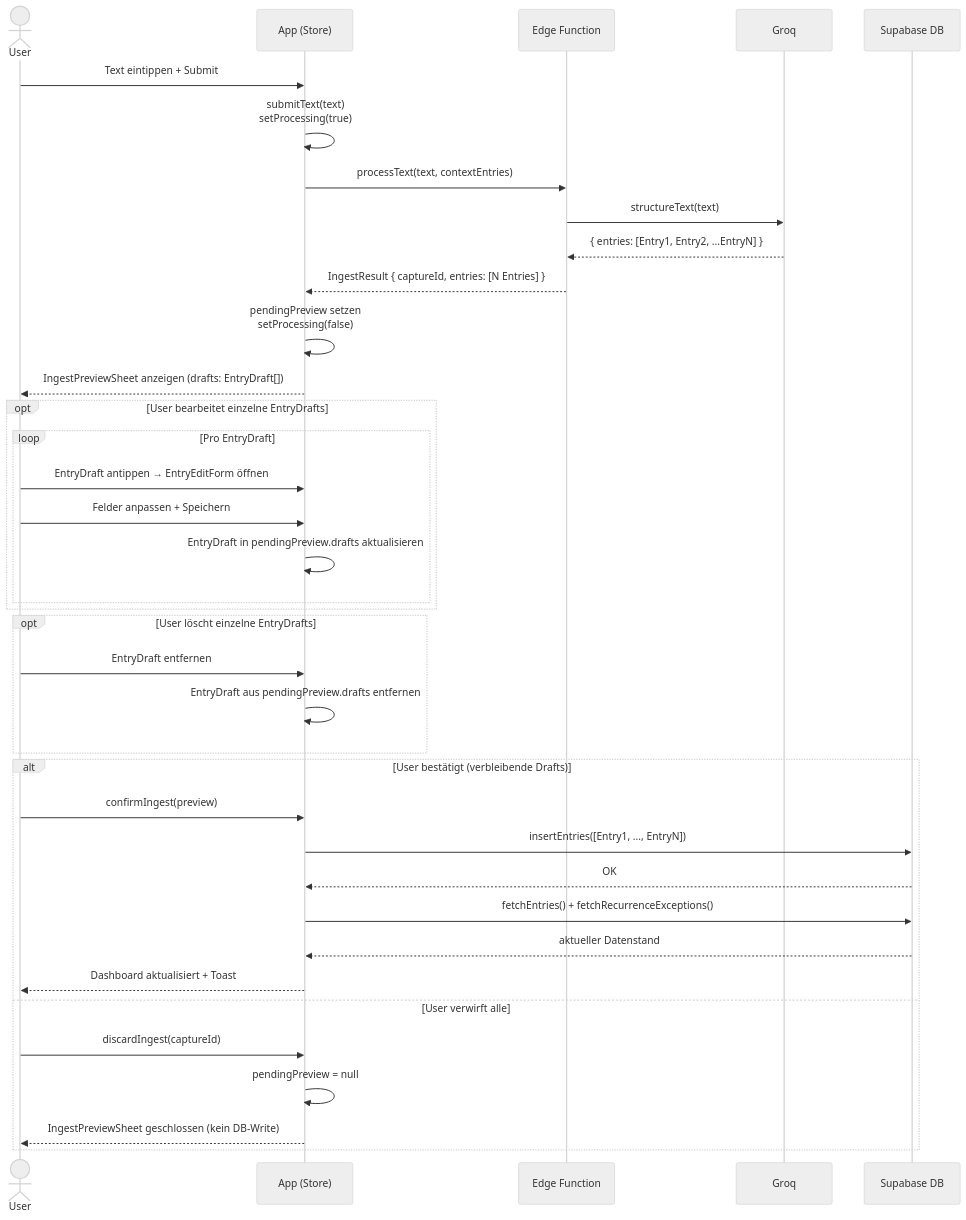
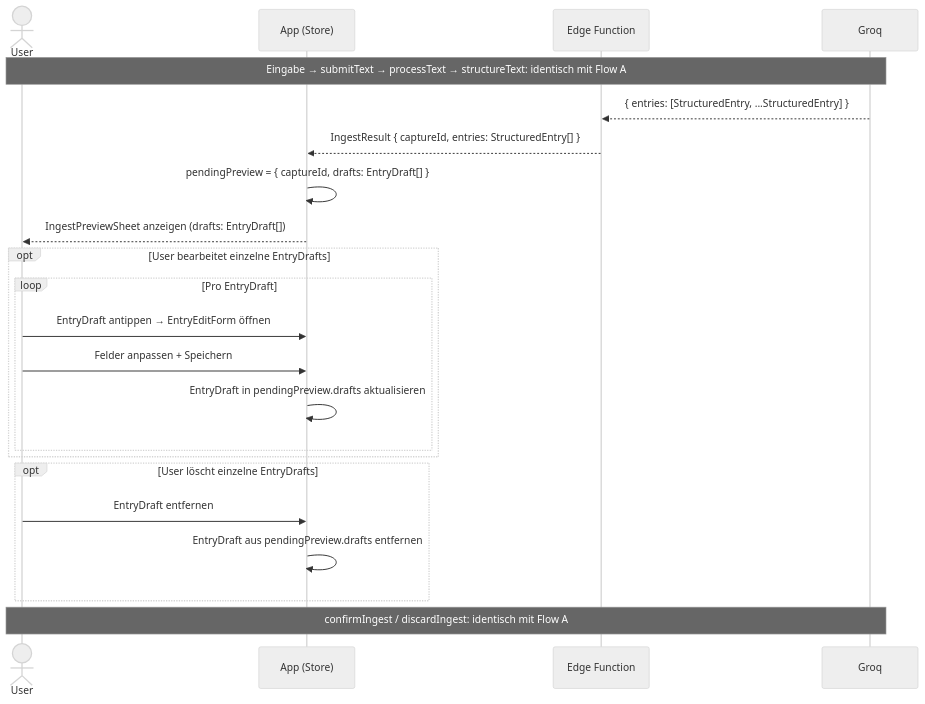
One commit to mrLevvis/braindump-pwa changed the diagram in docs/DIAGRAMS/dump-flow-b.md. Above: the diagram before and after it, drawn with Mermaid (neutral theme). The commit also changed other lines of this file, not shown here.

First line of the commit message:
docs(diagrams): dump-flow-b redundante Abläufe aus Flow A entfernt

````diff
--- a/docs/DIAGRAMS/dump-flow-b.md
+++ b/docs/DIAGRAMS/dump-flow-b.md
@@ -17,43 +11,29 @@
 ```mermaid
 sequenceDiagram
     actor User
     participant App as App (Store)
     participant EdgeFn as Edge Function
     participant Groq
-    participant DB as Supabase DB
 
-    User->>App: Text eintippen + Submit
-    App->>App: submitText(text)<br/>setProcessing(true)
-    App->>EdgeFn: processText(text, contextEntries)
-    EdgeFn->>Groq: structureText(text)
-    Groq-->>EdgeFn: { entries: [Entry1, Entry2, ...EntryN] }
-    EdgeFn-->>App: IngestResult { captureId, entries: [N Entries] }
-    App->>App: pendingPreview setzen<br/>setProcessing(false)
+    Note over User,Groq: Eingabe → submitText → processText → structureText: identisch mit Flow A
+
+    Groq-->>EdgeFn: { entries: [StructuredEntry, ...StructuredEntry] }
+    EdgeFn-->>App: IngestResult { captureId, entries: StructuredEntry[] }
+    App->>App: pendingPreview = { captureId, drafts: EntryDraft[] }
     App-->>User: IngestPreviewSheet anzeigen (drafts: EntryDraft[])
 
     opt User bearbeitet einzelne EntryDrafts
         loop Pro EntryDraft
             User->>App: EntryDraft antippen → EntryEditForm öffnen
             User->>App: Felder anpassen + Speichern
             App->>App: EntryDraft in pendingPreview.drafts aktualisieren
         end
     end
 
     opt User löscht einzelne EntryDrafts
         User->>App: EntryDraft entfernen
         App->>App: EntryDraft aus pendingPreview.drafts entfernen
     end
 
-    alt User bestätigt (verbleibende Drafts)
-        User->>App: confirmIngest(preview)
-        App->>DB: insertEntries([Entry1, ..., EntryN])
-        DB-->>App: OK
-        App->>DB: fetchEntries() + fetchRecurrenceExceptions()
-        DB-->>App: aktueller Datenstand
-        App-->>User: Dashboard aktualisiert + Toast
-    else User verwirft alle
-        User->>App: discardIngest(captureId)
-        App->>App: pendingPreview = null
-        App-->>User: IngestPreviewSheet geschlossen (kein DB-Write)
-    end
+    Note over User,Groq: confirmIngest / discardIngest: identisch mit Flow A
 ```
````
